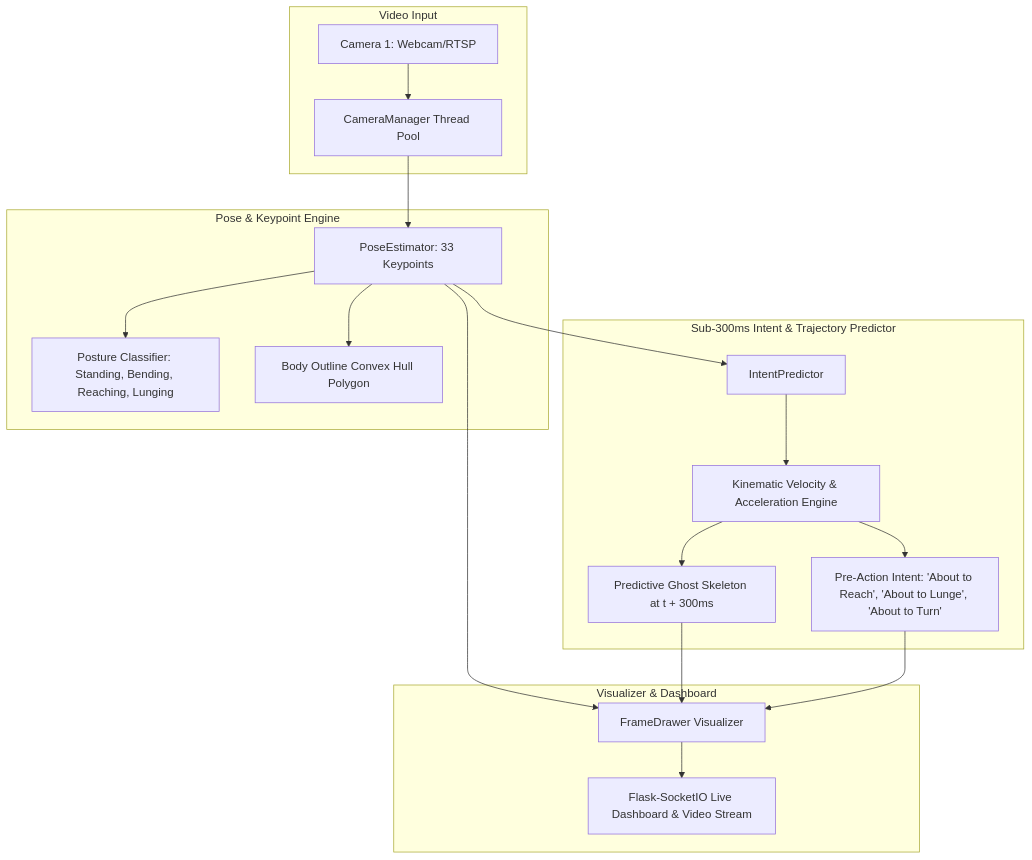
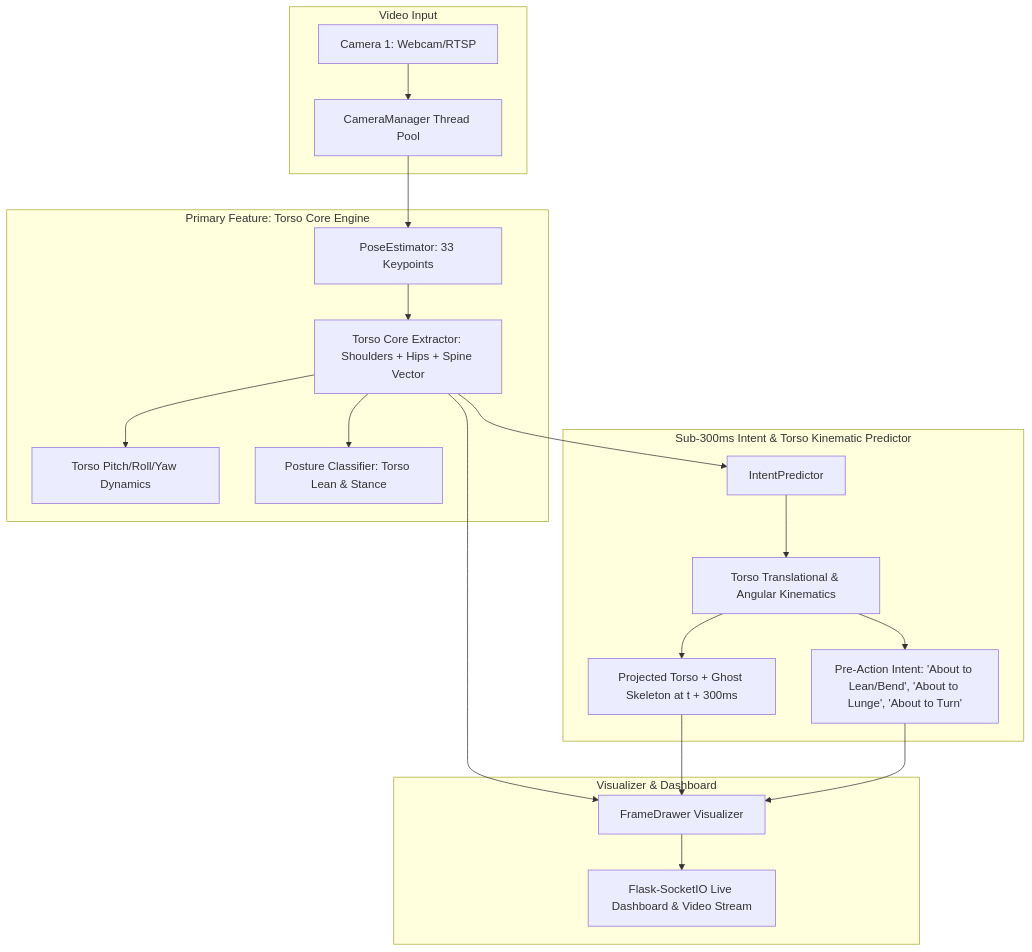
The diagram in CODEBASE_EVALUATION_REPORT.md (Manju1303/Indeent-Detection), drawn with Mermaid before and after one commit. The commit also changed other lines of this file and 4 other files, not shown here.

Commit message:
feat: emphasize human torso core (quadrilateral, spine vector, pitch/roll) as primary feature

````diff
--- a/CODEBASE_EVALUATION_REPORT.md
+++ b/CODEBASE_EVALUATION_REPORT.md
@@ -22,28 +22,29 @@
 ```mermaid
 flowchart TD
     subgraph Video Input
         C1[Camera 1: Webcam/RTSP]
         CM[CameraManager Thread Pool]
         C1 --> CM
     end
 
-    subgraph Pose & Keypoint Engine
+    subgraph Primary Feature: Torso Core Engine
         CM --> PE[PoseEstimator: 33 Keypoints]
-        PE --> POST[Posture Classifier: Standing, Bending, Reaching, Lunging]
-        PE --> HULL[Body Outline Convex Hull Polygon]
+        PE --> TORSO[Torso Core Extractor: Shoulders + Hips + Spine Vector]
+        TORSO --> PITCH[Torso Pitch/Roll/Yaw Dynamics]
+        TORSO --> POST[Posture Classifier: Torso Lean & Stance]
     end
 
-    subgraph Sub-300ms Intent & Trajectory Predictor
-        PE --> IP[IntentPredictor]
-        IP --> KIN[Kinematic Velocity & Acceleration Engine]
-        KIN --> GHOST[Predictive Ghost Skeleton at t + 300ms]
-        KIN --> PREACT[Pre-Action Intent: 'About to Reach', 'About to Lunge', 'About to Turn']
+    subgraph Sub-300ms Intent & Torso Kinematic Predictor
+        TORSO --> IP[IntentPredictor]
+        IP --> KIN[Torso Translational & Angular Kinematics]
+        KIN --> GHOST[Projected Torso + Ghost Skeleton at t + 300ms]
+        KIN --> PREACT[Pre-Action Intent: 'About to Lean/Bend', 'About to Lunge', 'About to Turn']
     end
 
     subgraph Visualizer & Dashboard
-        PE --> DRAWER[FrameDrawer Visualizer]
+        TORSO --> DRAWER[FrameDrawer Visualizer]
         GHOST --> DRAWER
         PREACT --> DRAWER
         DRAWER --> DASH[Flask-SocketIO Live Dashboard & Video Stream]
     end
 ```
````
